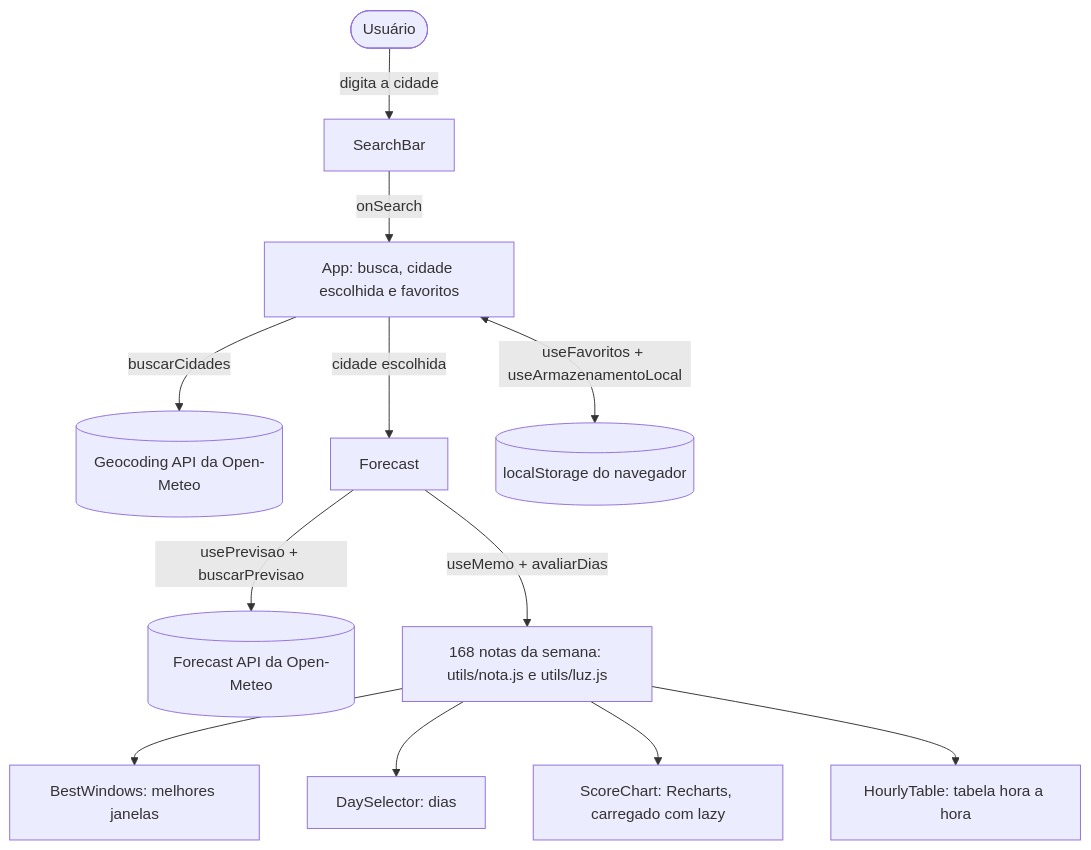
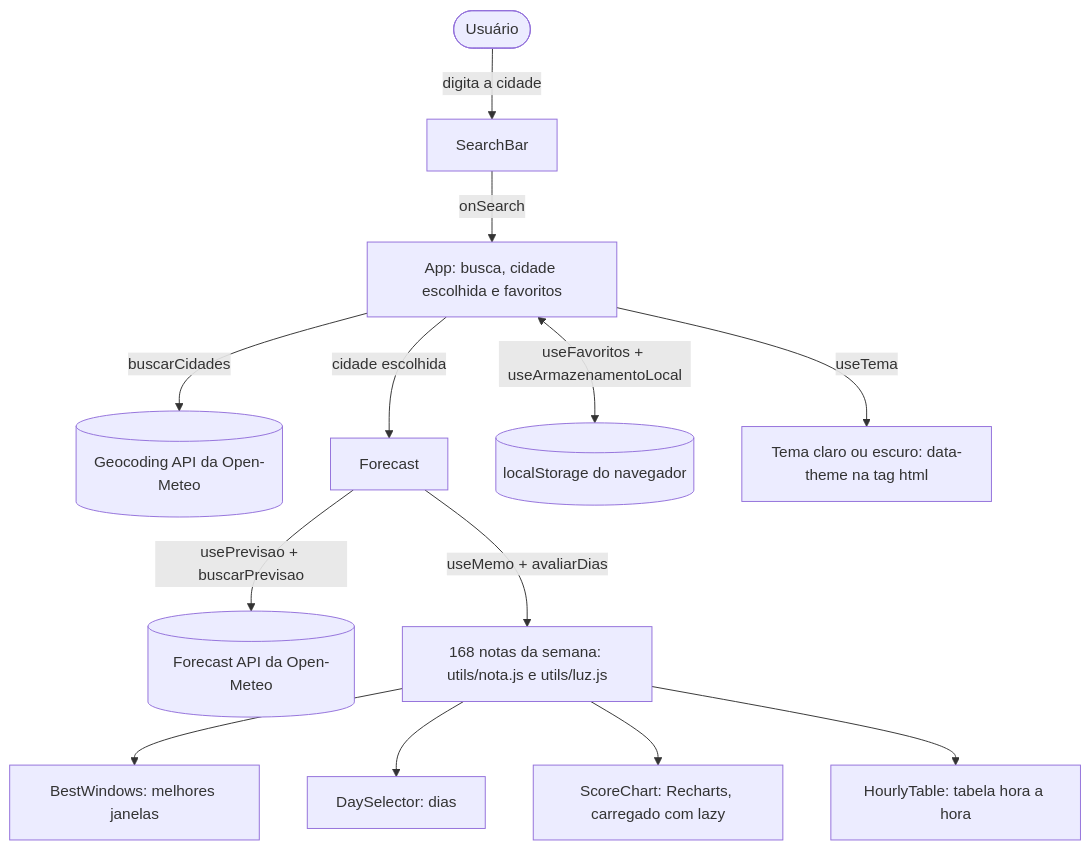
The diagram in README.md (gabrielriul/janela-de-luz), drawn with Mermaid before and after one commit. The commit also changed other lines of this file and 2 other files, not shown here.

````diff
--- a/README.md
+++ b/README.md
@@ -88,14 +90,15 @@
 ```mermaid
 flowchart TD
     U(["Usuário"]) -->|digita a cidade| SB["SearchBar"]
     SB -->|onSearch| APP["App: busca, cidade escolhida e favoritos"]
     APP -->|buscarCidades| GEO[("Geocoding API da Open-Meteo")]
     APP -->|cidade escolhida| FC["Forecast"]
     FC -->|usePrevisao + buscarPrevisao| FOR[("Forecast API da Open-Meteo")]
     FC -->|useMemo + avaliarDias| NOTAS["168 notas da semana: utils/nota.js e utils/luz.js"]
     NOTAS --> BW["BestWindows: melhores janelas"]
     NOTAS --> DSEL["DaySelector: dias"]
     NOTAS --> CH["ScoreChart: Recharts, carregado com lazy"]
     NOTAS --> HT["HourlyTable: tabela hora a hora"]
     APP <-->|useFavoritos + useArmazenamentoLocal| LS[("localStorage do navegador")]
+    APP -->|useTema| TEMA["Tema claro ou escuro: data-theme na tag html"]
 ```
````
